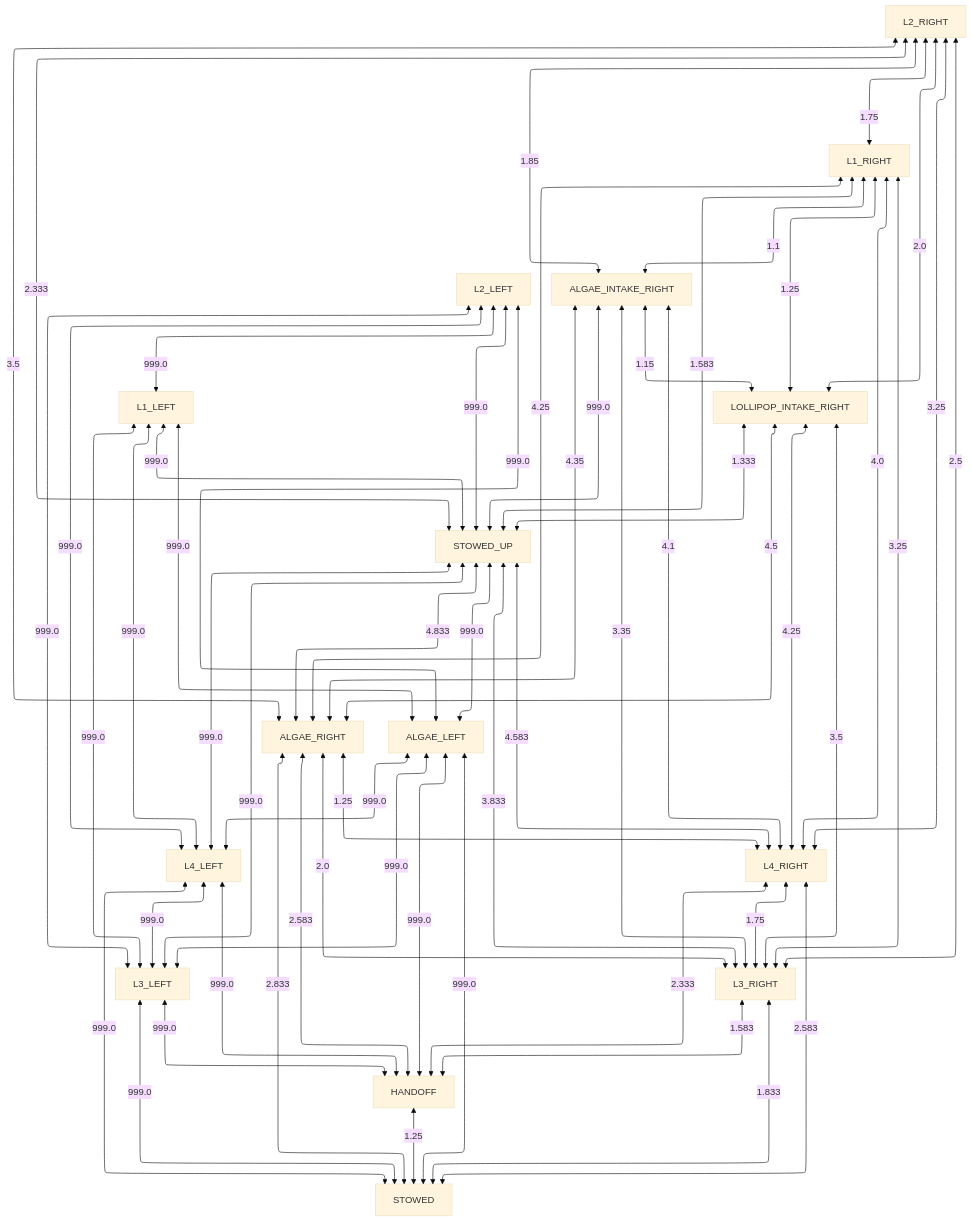
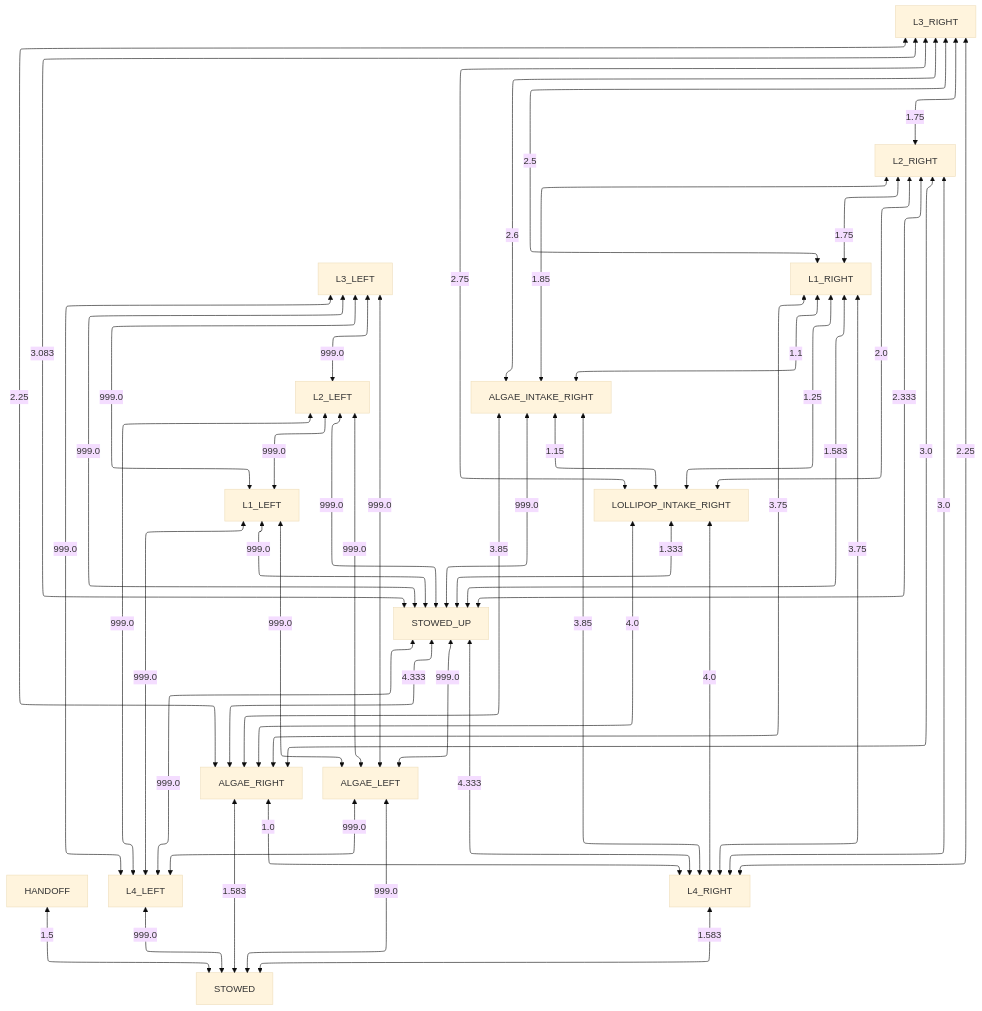
The diagram in docs/collision_avoidance/left_obstructed.md (team581/offseason-2025-comp), drawn with Mermaid (base theme) before and after one commit. The commit also changed 2 other files, not shown here.

Commit message:
update collision graphs

````diff
--- a/docs/collision_avoidance/left_obstructed.md
+++ b/docs/collision_avoidance/left_obstructed.md
@@ -3,61 +3,53 @@
 ```mermaid
 %%{ init: { "flowchart": { "defaultRenderer": "elk" } } }%%
 graph TD
 
-HANDOFF <-- 1.25 --> STOWED
-L3_LEFT <-- 999.0 --> STOWED
-L3_RIGHT <-- 1.833 --> STOWED
+HANDOFF <-- 1.5 --> STOWED
 L4_LEFT <-- 999.0 --> STOWED
-L4_RIGHT <-- 2.583 --> STOWED
-ALGAE_RIGHT <-- 2.833 --> STOWED
+L4_RIGHT <-- 1.583 --> STOWED
+ALGAE_RIGHT <-- 1.583 --> STOWED
 ALGAE_LEFT <-- 999.0 --> STOWED
-L3_LEFT <-- 999.0 --> HANDOFF
-L3_RIGHT <-- 1.583 --> HANDOFF
-L4_LEFT <-- 999.0 --> HANDOFF
-L4_RIGHT <-- 2.333 --> HANDOFF
-ALGAE_LEFT <-- 999.0 --> HANDOFF
-ALGAE_RIGHT <-- 2.583 --> HANDOFF
-STOWED_UP <-- 999.0 --> L3_LEFT
-L1_LEFT <-- 999.0 --> L3_LEFT
-L2_LEFT <-- 999.0 --> L3_LEFT
-L4_LEFT <-- 999.0 --> L3_LEFT
-ALGAE_LEFT <-- 999.0 --> L3_LEFT
-STOWED_UP <-- 3.833 --> L3_RIGHT
-ALGAE_INTAKE_RIGHT <-- 3.35 --> L3_RIGHT
-LOLLIPOP_INTAKE_RIGHT <-- 3.5 --> L3_RIGHT
-L1_RIGHT <-- 3.25 --> L3_RIGHT
-L2_RIGHT <-- 2.5 --> L3_RIGHT
-L4_RIGHT <-- 1.75 --> L3_RIGHT
-ALGAE_RIGHT <-- 2.0 --> L3_RIGHT
 STOWED_UP <-- 999.0 --> L4_LEFT
 L1_LEFT <-- 999.0 --> L4_LEFT
 L2_LEFT <-- 999.0 --> L4_LEFT
+L3_LEFT <-- 999.0 --> L4_LEFT
 ALGAE_LEFT <-- 999.0 --> L4_LEFT
-STOWED_UP <-- 4.583 --> L4_RIGHT
-ALGAE_INTAKE_RIGHT <-- 4.1 --> L4_RIGHT
-LOLLIPOP_INTAKE_RIGHT <-- 4.25 --> L4_RIGHT
-L1_RIGHT <-- 4.0 --> L4_RIGHT
-L2_RIGHT <-- 3.25 --> L4_RIGHT
-ALGAE_RIGHT <-- 1.25 --> L4_RIGHT
-STOWED_UP <-- 4.833 --> ALGAE_RIGHT
-ALGAE_INTAKE_RIGHT <-- 4.35 --> ALGAE_RIGHT
-LOLLIPOP_INTAKE_RIGHT <-- 4.5 --> ALGAE_RIGHT
-L1_RIGHT <-- 4.25 --> ALGAE_RIGHT
-L2_RIGHT <-- 3.5 --> ALGAE_RIGHT
+STOWED_UP <-- 4.333 --> L4_RIGHT
+ALGAE_INTAKE_RIGHT <-- 3.85 --> L4_RIGHT
+LOLLIPOP_INTAKE_RIGHT <-- 4.0 --> L4_RIGHT
+L1_RIGHT <-- 3.75 --> L4_RIGHT
+L2_RIGHT <-- 3.0 --> L4_RIGHT
+L3_RIGHT <-- 2.25 --> L4_RIGHT
+ALGAE_RIGHT <-- 1.0 --> L4_RIGHT
+STOWED_UP <-- 4.333 --> ALGAE_RIGHT
+ALGAE_INTAKE_RIGHT <-- 3.85 --> ALGAE_RIGHT
+LOLLIPOP_INTAKE_RIGHT <-- 4.0 --> ALGAE_RIGHT
+L1_RIGHT <-- 3.75 --> ALGAE_RIGHT
+L2_RIGHT <-- 3.0 --> ALGAE_RIGHT
+L3_RIGHT <-- 2.25 --> ALGAE_RIGHT
 STOWED_UP <-- 999.0 --> ALGAE_LEFT
 L1_LEFT <-- 999.0 --> ALGAE_LEFT
 L2_LEFT <-- 999.0 --> ALGAE_LEFT
+L3_LEFT <-- 999.0 --> ALGAE_LEFT
 LOLLIPOP_INTAKE_RIGHT <-- 1.333 --> STOWED_UP
 ALGAE_INTAKE_RIGHT <-- 999.0 --> STOWED_UP
 L1_LEFT <-- 999.0 --> STOWED_UP
 L2_LEFT <-- 999.0 --> STOWED_UP
+L3_LEFT <-- 999.0 --> STOWED_UP
 L1_RIGHT <-- 1.583 --> STOWED_UP
 L2_RIGHT <-- 2.333 --> STOWED_UP
+L3_RIGHT <-- 3.083 --> STOWED_UP
 ALGAE_INTAKE_RIGHT <-- 1.15 --> LOLLIPOP_INTAKE_RIGHT
 L1_RIGHT <-- 1.25 --> LOLLIPOP_INTAKE_RIGHT
 L2_RIGHT <-- 2.0 --> LOLLIPOP_INTAKE_RIGHT
+L3_RIGHT <-- 2.75 --> LOLLIPOP_INTAKE_RIGHT
 L1_RIGHT <-- 1.1 --> ALGAE_INTAKE_RIGHT
 L2_RIGHT <-- 1.85 --> ALGAE_INTAKE_RIGHT
+L3_RIGHT <-- 2.6 --> ALGAE_INTAKE_RIGHT
 L2_LEFT <-- 999.0 --> L1_LEFT
+L3_LEFT <-- 999.0 --> L1_LEFT
+L3_LEFT <-- 999.0 --> L2_LEFT
 L2_RIGHT <-- 1.75 --> L1_RIGHT
+L3_RIGHT <-- 2.5 --> L1_RIGHT
+L3_RIGHT <-- 1.75 --> L2_RIGHT
 ```
````
